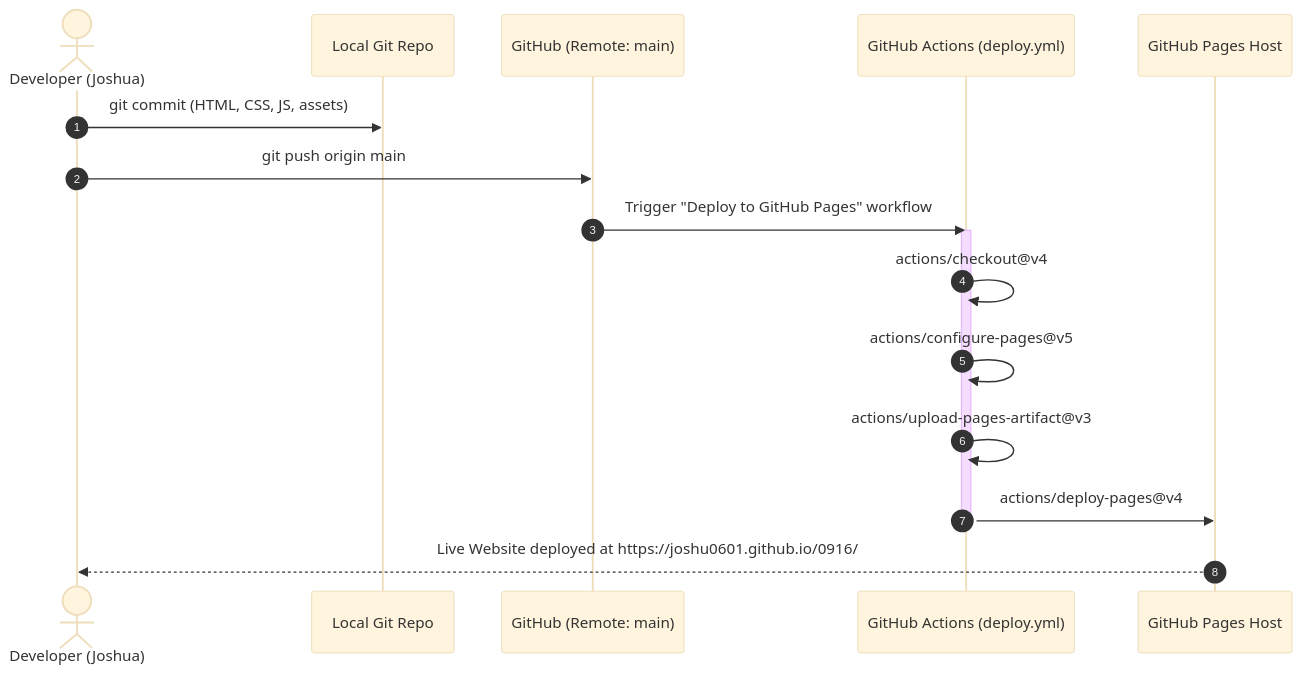
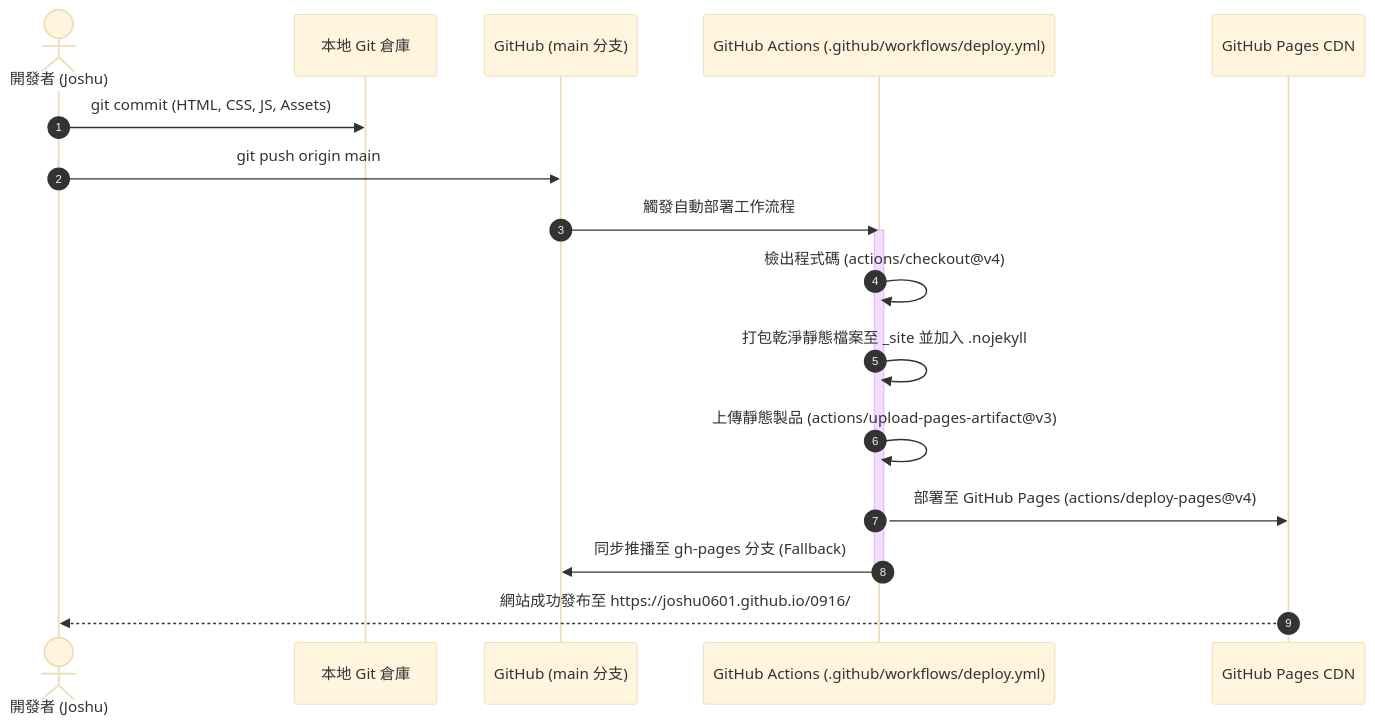
The second of 2 diagrams in README.md (joshu0601/0916), drawn with Mermaid (base theme) before and after one commit. The commit also changed other lines of this file and 5 other files, not shown here.

Commit message:
feat: complete 5 course requirements (Profile, Skills, Projects, Live Clock, Design) and fix GitHub Pages deployment

````diff
--- a/README.md
+++ b/README.md
@@ -43,20 +78,21 @@
 ```mermaid
 sequenceDiagram
     autonumber
-    actor Dev as Developer (Joshua)
-    participant Git as Local Git Repo
-    participant GH as GitHub (Remote: main)
-    participant GHA as GitHub Actions (deploy.yml)
-    participant Pages as GitHub Pages Host
+    actor Dev as 開發者 (Joshu)
+    participant Git as 本地 Git 倉庫
+    participant GH as GitHub (main 分支)
+    participant GHA as GitHub Actions (.github/workflows/deploy.yml)
+    participant Pages as GitHub Pages CDN
 
-    Dev->>Git: git commit (HTML, CSS, JS, assets)
+    Dev->>Git: git commit (HTML, CSS, JS, Assets)
     Dev->>GH: git push origin main
-    GH->>GHA: Trigger "Deploy to GitHub Pages" workflow
+    GH->>GHA: 觸發自動部署工作流程
     activate GHA
-    GHA->>GHA: actions/checkout@v4
-    GHA->>GHA: actions/configure-pages@v5
-    GHA->>GHA: actions/upload-pages-artifact@v3
-    GHA->>Pages: actions/deploy-pages@v4
+    GHA->>GHA: 檢出程式碼 (actions/checkout@v4)
+    GHA->>GHA: 打包乾淨靜態檔案至 _site 並加入 .nojekyll
+    GHA->>GHA: 上傳靜態製品 (actions/upload-pages-artifact@v3)
+    GHA->>Pages: 部署至 GitHub Pages (actions/deploy-pages@v4)
+    GHA->>GH: 同步推播至 gh-pages 分支 (Fallback)
     deactivate GHA
-    Pages-->>Dev: Live Website deployed at https://joshu0601.github.io/0916/
+    Pages-->>Dev: 網站成功發布至 https://joshu0601.github.io/0916/
 ```
````
